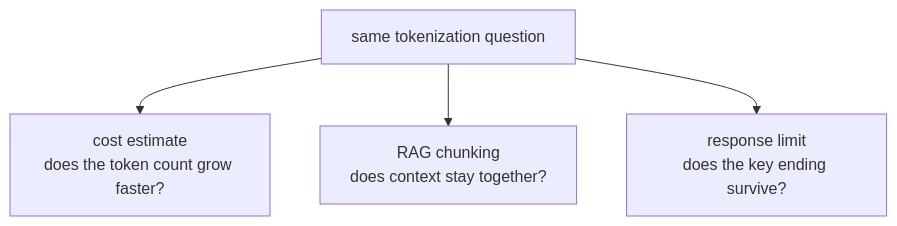
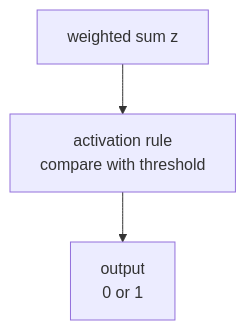
Before and after one commit to devchan64/AiBook: the second of 3 diagrams in docs/parts/part-05/chapter-01/section-02.md, drawn with Mermaid. The commit also changed other lines of this file and 213 other files, not shown here.

````diff
--- a/docs/parts/part-05/chapter-01/section-02.md
+++ b/docs/parts/part-05/chapter-01/section-02.md
@@ -130,11 +123,9 @@
 ```mermaid
 flowchart TD
-  A["same tokenization question"]
-  B["cost estimate<br/>does the token count grow faster?"]
-  C["RAG chunking<br/>does context stay together?"]
-  D["response limit<br/>does the key ending survive?"]
+  A["weighted sum z"]
+  B["activation rule<br/>compare with threshold"]
+  C["output<br/>0 or 1"]
 
   A --> B
-  A --> C
-  A --> D
+  B --> C
 ```
````
